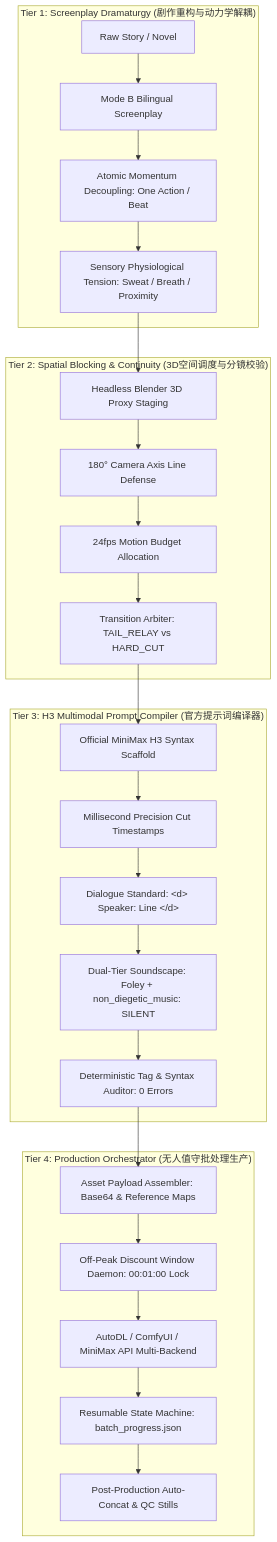
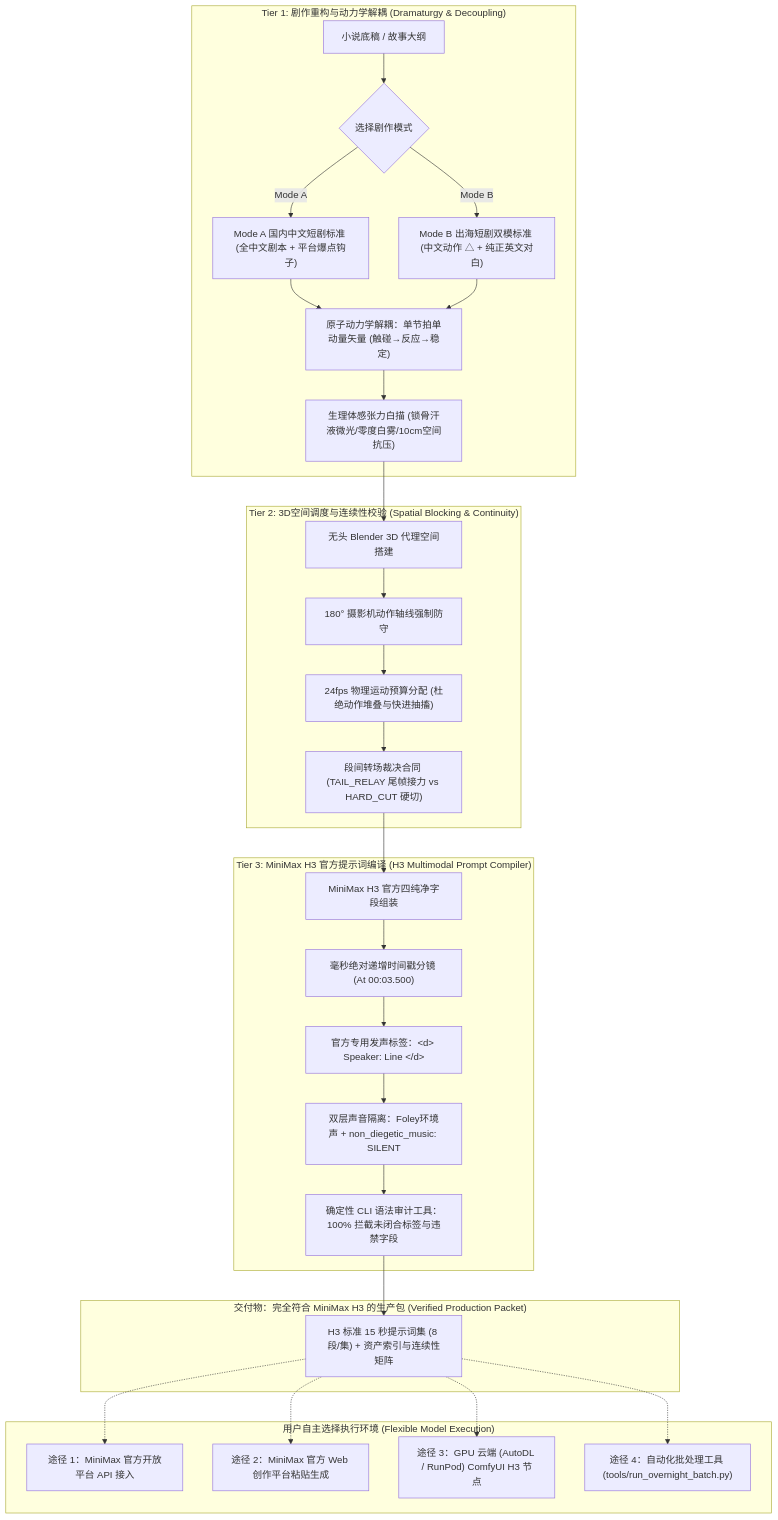
One commit to egguy886/OmniDirector-H3 changed the diagram in README.md. Above: the diagram before and after it, drawn with Mermaid. The commit also changed other lines of this file and 5 other files, not shown here.

Commit message:
feat: add Mode A domestic standard, clarify MiniMax H3 specialization, explain Omni etymology, and streamline tri-tier pipeline

````diff
--- a/README.md
+++ b/README.md
@@ -37,31 +50,37 @@
 ```mermaid
 flowchart TD
-    subgraph Tier1["Tier 1: Screenplay Dramaturgy (剧作重构与动力学解耦)"]
-        A[Raw Story / Novel] --> B[Mode B Bilingual Screenplay]
-        B --> C[Atomic Momentum Decoupling: One Action / Beat]
-        C --> D[Sensory Physiological Tension: Sweat / Breath / Proximity]
+    subgraph Tier1["Tier 1: 剧作重构与动力学解耦 (Dramaturgy & Decoupling)"]
+        A[小说底稿 / 故事大纲] --> B{选择剧作模式}
+        B -->|Mode A| C1["Mode A 国内中文短剧标准 (全中文剧本 + 平台爆点钩子)"]
+        B -->|Mode B| C2["Mode B 出海短剧双模标准 (中文动作 △ + 纯正英文对白)"]
+        C1 --> D["原子动力学解耦：单节拍单动量矢量 (触碰→反应→稳定)"]
+        C2 --> D
+        D --> E["生理体感张力白描 (锁骨汗液微光/零度白雾/10cm空间抗压)"]
     end
 
-    subgraph Tier2["Tier 2: Spatial Blocking & Continuity (3D空间调度与分镜校验)"]
-        D --> E[Headless Blender 3D Proxy Staging]
-        E --> F[180° Camera Axis Line Defense]
-        F --> G[24fps Motion Budget Allocation]
-        G --> H[Transition Arbiter: TAIL_RELAY vs HARD_CUT]
+    subgraph Tier2["Tier 2: 3D空间调度与连续性校验 (Spatial Blocking & Continuity)"]
+        E --> F[无头 Blender 3D 代理空间搭建]
+        F --> G["180° 摄影机动作轴线强制防守"]
+        G --> H["24fps 物理运动预算分配 (杜绝动作堆叠与快进抽搐)"]
+        H --> I["段间转场裁决合同 (TAIL_RELAY 尾帧接力 vs HARD_CUT 硬切)"]
     end
 
-    subgraph Tier3["Tier 3: H3 Multimodal Prompt Compiler (官方提示词编译器)"]
-        H --> I[Official MiniMax H3 Syntax Scaffold]
-        I --> J[Millisecond Precision Cut Timestamps]
-        J --> K["Dialogue Standard: &lt;d&gt; Speaker: Line &lt;/d&gt;"]
-        K --> L["Dual-Tier Soundscape: Foley + non_diegetic_music: SILENT"]
-        L --> M[Deterministic Tag & Syntax Auditor: 0 Errors]
+    subgraph Tier3["Tier 3: MiniMax H3 官方提示词编译 (H3 Multimodal Prompt Compiler)"]
+        I --> J[MiniMax H3 官方四纯净字段组装]
+        J --> K["毫秒绝对递增时间戳分镜 (At 00:03.500)"]
+        K --> L["官方专用发声标签：&lt;d&gt; Speaker: Line &lt;/d&gt;"]
+        L --> M["双层声音隔离：Foley环境声 + non_diegetic_music: SILENT"]
+        M --> N[确定性 CLI 语法审计工具：100% 拦截未闭合标签与违禁字段]
     end
 
-    subgraph Tier4["Tier 4: Production Orchestrator (无人值守批处理生产)"]
-        M --> N[Asset Payload Assembler: Base64 & Reference Maps]
-        N --> O[Off-Peak Discount Window Daemon: 00:01:00 Lock]
-        O --> P[AutoDL / ComfyUI / MiniMax API Multi-Backend]
-        P --> Q[Resumable State Machine: batch_progress.json]
-        Q --> R[Post-Production Auto-Concat & QC Stills]
+    subgraph Output["交付物：完全符合 MiniMax H3 的生产包 (Verified Production Packet)"]
+        N --> O["H3 标准 15 秒提示词集 (8 段/集) + 资产索引与连续性矩阵"]
+    end
+
+    subgraph Execution["用户自主选择执行环境 (Flexible Model Execution)"]
+        O -.-> P1["途径 1：MiniMax 官方开放平台 API 接入"]
+        O -.-> P2["途径 2：MiniMax 官方 Web 创作平台粘贴生成"]
+        O -.-> P3["途径 3：GPU 云端 (AutoDL / RunPod) ComfyUI H3 节点"]
+        O -.-> P4["途径 4：自动化批处理工具 (tools/run_overnight_batch.py)"]
     end
 ```
````
